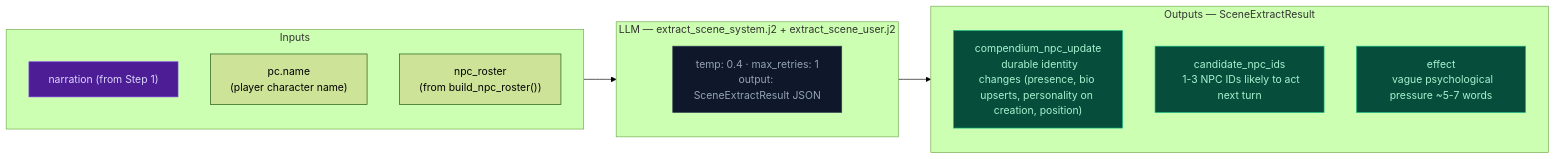
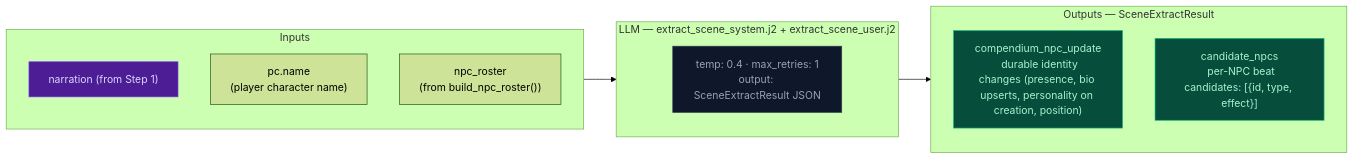
Before and after one commit to pww217/fablethread: the diagram in docs/architecture/step2a-scene.md, drawn with Mermaid (forest theme). The commit also changed other lines of this file and 15 other files, not shown here.

First line of the commit message:
GM Beat Overhaul: replace candidate_npc_ids+effect with candidate_npcs

````diff
--- a/docs/architecture/step2a-scene.md
+++ b/docs/architecture/step2a-scene.md
@@ -7,25 +7,24 @@
 ```mermaid
 flowchart LR
     classDef llmNode fill:#0f172a,color:#94a3b8,stroke:#334155
     classDef xstream fill:#4c1d95,color:#ddd6fe,stroke:#7c3aed
     classDef outNode fill:#064e3b,color:#a7f3d0,stroke:#10b981
 
     subgraph IN["Inputs"]
         S1["narration (from Step 1)"]:::xstream
         S2["pc.name<br>(player character name)"]
         S3["npc_roster<br>(from build_npc_roster())"]
     end
 
     subgraph LLM2A["LLM — extract_scene_system.j2 + extract_scene_user.j2"]
         SL["temp: 0.4 · max_retries: 1<br>output: SceneExtractResult JSON"]:::llmNode
     end
 
     subgraph OUT["Outputs — SceneExtractResult"]
         O1["compendium_npc_update<br>  durable identity changes (presence, bio upserts, personality on creation, position)"]:::outNode
-        O2["candidate_npc_ids<br>  1-3 NPC IDs likely to act next turn"]:::outNode
-        O3["effect<br>  vague psychological pressure ~5-7 words"]:::outNode
+        O2["candidate_npcs<br>  per-NPC beat candidates: [{id, type, effect}]"]:::outNode
     end
 
     IN --> LLM2A
     LLM2A --> OUT
 ```
````
